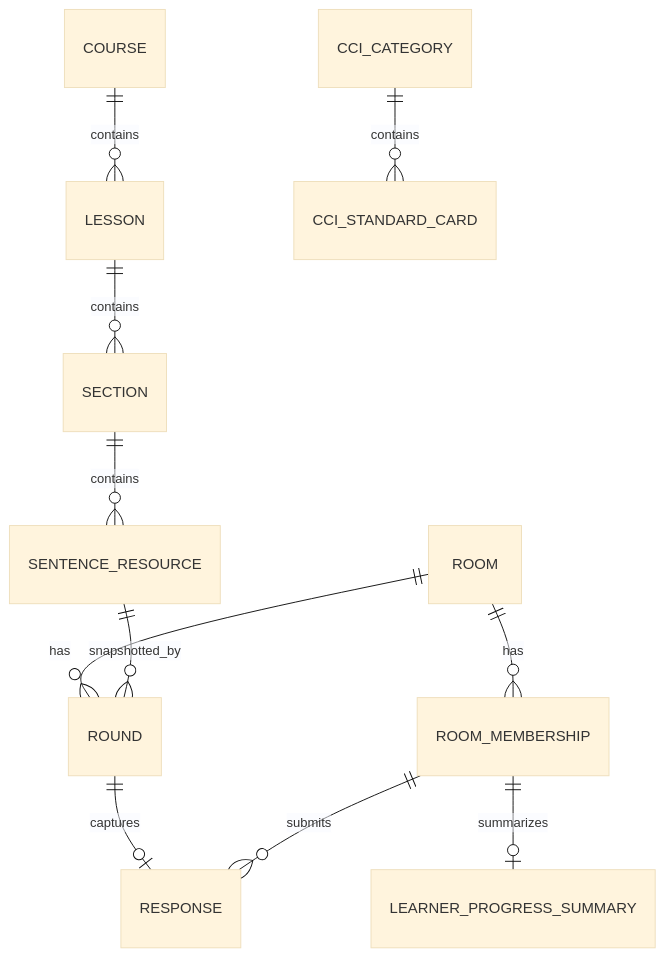
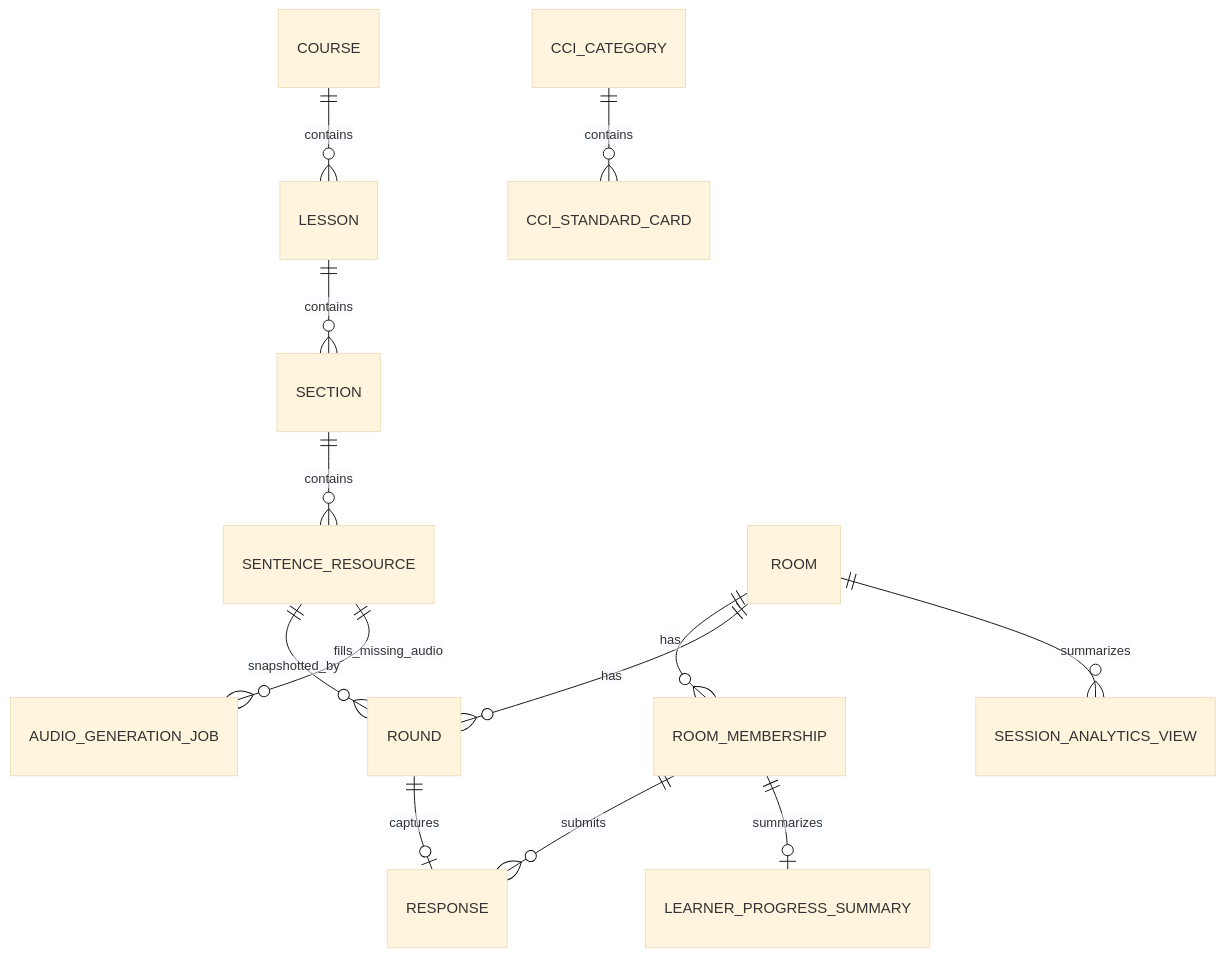
Before and after one commit to genshai-11/chunks-offline-v0: the diagram in specs/001-offline-live-room-frontend/data-model.md, drawn with Mermaid (base theme). The commit also changed other lines of this file and 36 other files, not shown here.

````diff
--- a/specs/001-offline-live-room-frontend/data-model.md
+++ b/specs/001-offline-live-room-frontend/data-model.md
@@ -3,13 +3,15 @@
 ```mermaid
 erDiagram
     COURSE ||--o{ LESSON : contains
     LESSON ||--o{ SECTION : contains
     SECTION ||--o{ SENTENCE_RESOURCE : contains
     CCI_CATEGORY ||--o{ CCI_STANDARD_CARD : contains
     ROOM ||--o{ ROOM_MEMBERSHIP : has
     ROOM ||--o{ ROUND : has
     SENTENCE_RESOURCE ||--o{ ROUND : snapshotted_by
     ROUND ||--o| RESPONSE : captures
     ROOM_MEMBERSHIP ||--o{ RESPONSE : submits
     ROOM_MEMBERSHIP ||--o| LEARNER_PROGRESS_SUMMARY : summarizes
+    SENTENCE_RESOURCE ||--o{ AUDIO_GENERATION_JOB : fills_missing_audio
+    ROOM ||--o{ SESSION_ANALYTICS_VIEW : summarizes
 ```
````
